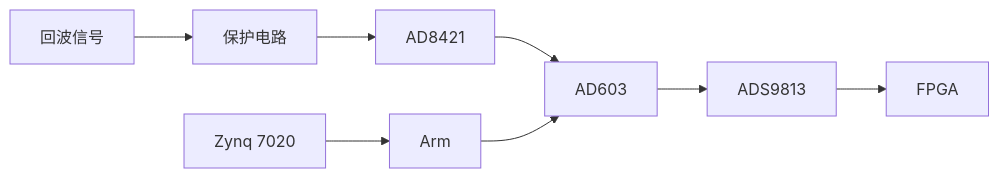
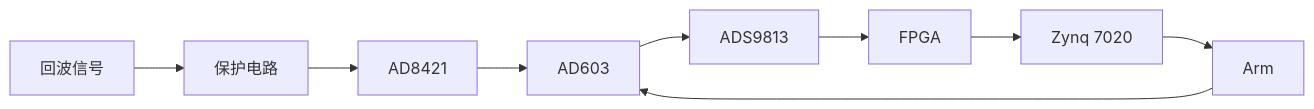
Before and after one commit to Rukawa15/iodraw-files: the diagram in all/多通道同步采集-1.md, drawn with Mermaid.

Commit message:
2025-06-18 23:23:56 update

````diff
--- a/all/多通道同步采集-1.md
+++ b/all/多通道同步采集-1.md
@@ -1,7 +1,8 @@
 ```mermaid
 graph LR
 A[回波信号] --> B[保护电路]
 B --> C[AD8421] -->D[AD603]
 E[Zynq 7020] --> G[Arm] --> D
-D --> F[ADS9813] --> H[FPGA]
+G
+D --> F[ADS9813] --> H[FPGA] --> E
 ```
````
